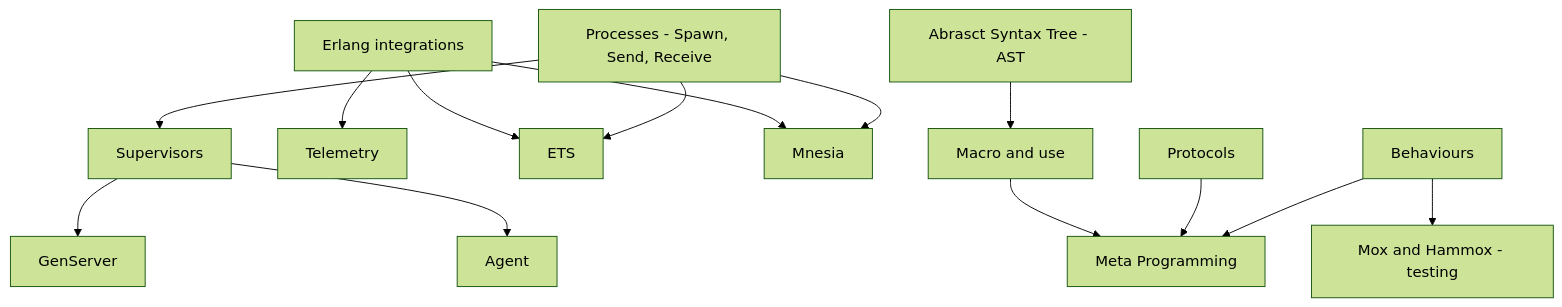
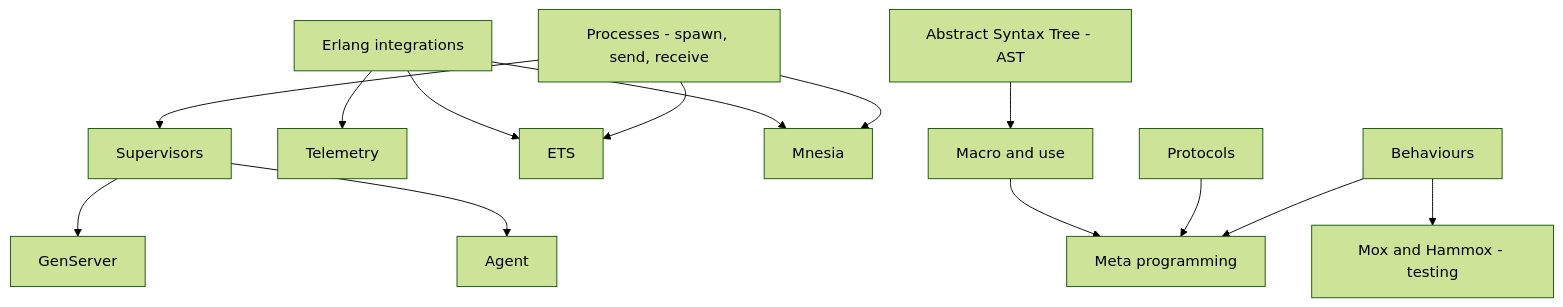
Before and after one commit to WTTJ/elixir-backend-learning-path: the third of 3 diagrams in README.md, drawn with Mermaid (forest theme). The commit also changed other lines of this file, not shown here.

````diff
--- a/README.md
+++ b/README.md
@@ -319,30 +319,30 @@
 ```mermaid
 graph TD
-    Processes[Processes - Spawn, Send, Receive]
+    Processes[Processes - spawn, send, receive]
     Supervisors[Supervisors]
     Genserver[GenServer]
     Agent[Agent]
     Erlang[Erlang integrations]
     Telemetry[Telemetry]
     ETS[ETS]
     Mnesia[Mnesia]
     Macro[Macro and use]
     Protocols[Protocols]
     Behaviours[Behaviours]
     Mox[Mox and Hammox - testing]
-    MetaProgramming[Meta Programming]
-    AST[Abrasct Syntax Tree - AST]
+    MetaProgramming[Meta programming]
+    AST[Abstract Syntax Tree - AST]
     Processes --> Supervisors
     Supervisors --> Genserver
     Supervisors --> Agent
     Erlang --> ETS
     Erlang --> Mnesia
     Erlang --> Telemetry
     Processes --> ETS
     Processes --> Mnesia
     AST --> Macro
     Macro --> MetaProgramming
     Protocols --> MetaProgramming
     Behaviours --> MetaProgramming
     Behaviours --> Mox
 ```
````
